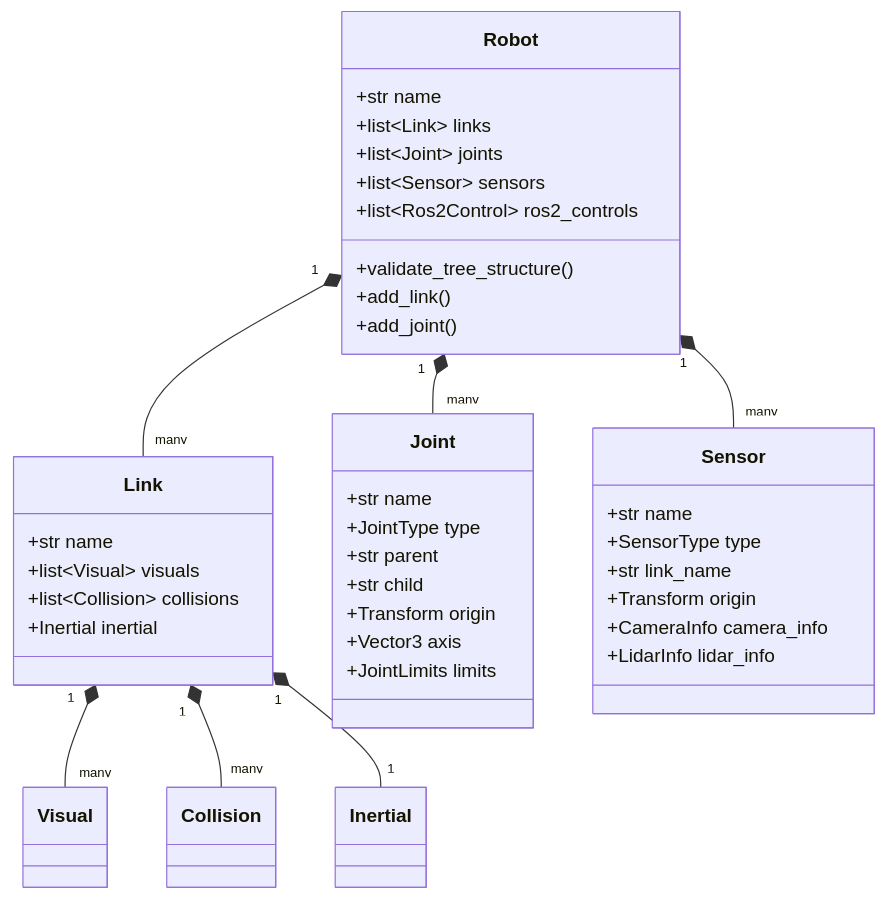
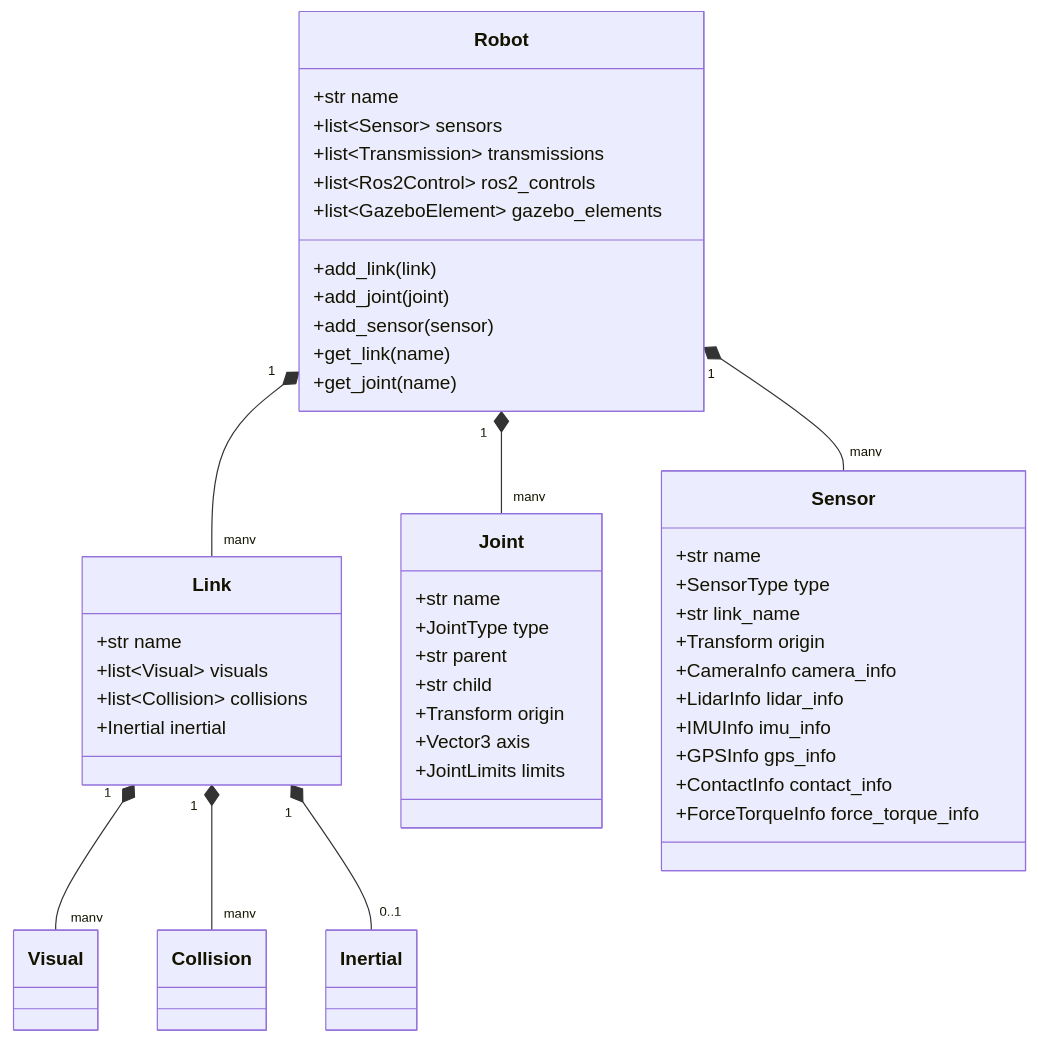
The fifth of 7 diagrams in ARCHITECTURE.md (arounamounchili/linkforge), drawn with Mermaid before and after one commit. The commit also changed other lines of this file and 1 other file, not shown here.

Commit message:
docs: fix architecture diagrams, paths, and remove stale copy

````diff
--- a/ARCHITECTURE.md
+++ b/ARCHITECTURE.md
@@ -169,46 +174,52 @@
 ```mermaid
 classDiagram
     class Robot {
         +str name
-        +list~Link~ links
-        +list~Joint~ joints
         +list~Sensor~ sensors
+        +list~Transmission~ transmissions
         +list~Ros2Control~ ros2_controls
-        +validate_tree_structure()
-        +add_link()
-        +add_joint()
+        +list~GazeboElement~ gazebo_elements
+        +add_link(link)
+        +add_joint(joint)
+        +add_sensor(sensor)
+        +get_link(name)
+        +get_joint(name)
     }
 
     class Link {
         +str name
         +list~Visual~ visuals
         +list~Collision~ collisions
         +Inertial inertial
     }
 
     class Joint {
         +str name
         +JointType type
         +str parent
         +str child
         +Transform origin
         +Vector3 axis
         +JointLimits limits
     }
 
     class Sensor {
         +str name
         +SensorType type
         +str link_name
         +Transform origin
         +CameraInfo camera_info
         +LidarInfo lidar_info
+        +IMUInfo imu_info
+        +GPSInfo gps_info
+        +ContactInfo contact_info
+        +ForceTorqueInfo force_torque_info
     }
 
     Robot "1" *-- "many" Link
     Robot "1" *-- "many" Joint
     Robot "1" *-- "many" Sensor
     Link "1" *-- "many" Visual
     Link "1" *-- "many" Collision
-    Link "1" *-- "1" Inertial
+    Link "1" *-- "0..1" Inertial
 ```
````
